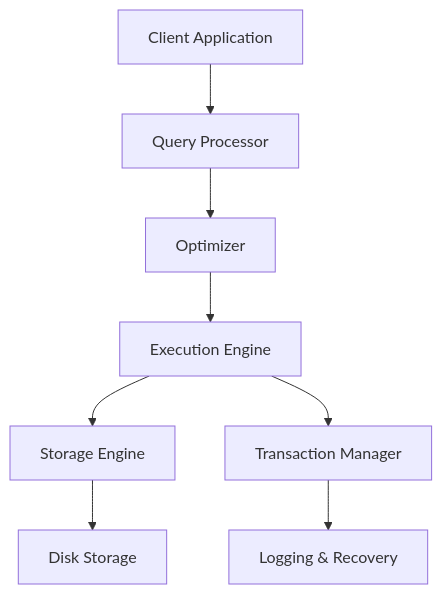
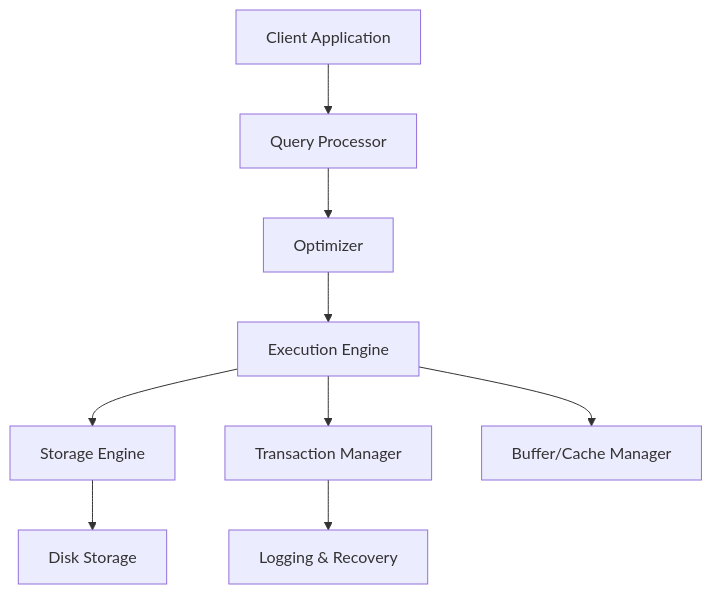
The first of 6 diagrams in database/db_architecture_overview.md (dcop7/tips_and_guides), drawn with Mermaid before and after one commit. The commit also changed other lines of this file, not shown here.

````diff
--- a/database/db_architecture_overview.md
+++ b/database/db_architecture_overview.md
@@ -152,10 +167,11 @@
 ```mermaid
 flowchart TD
     A[Client Application] --> B[Query Processor]
     B --> C[Optimizer]
     C --> D[Execution Engine]
     D --> E[Storage Engine]
     E --> F[Disk Storage]
     D --> G[Transaction Manager]
     G --> H[Logging & Recovery]
+    D --> I[Buffer/Cache Manager]
 ```
````
